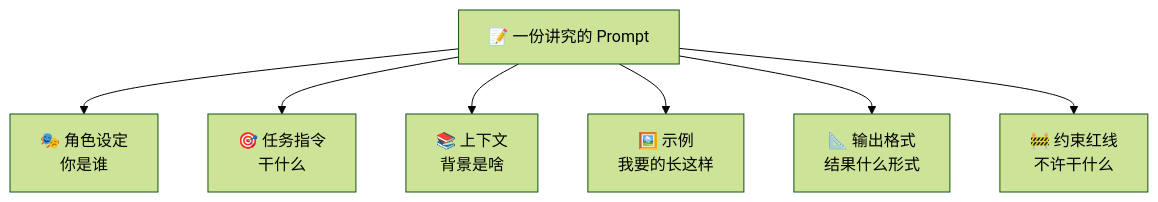
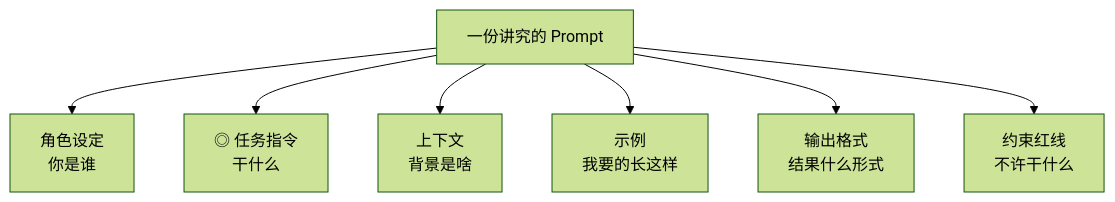
One commit to luckykhy/KhyAiHub changed the second of 6 diagrams in docs/02_CONCEPTS_概念入门/CONCEPT/[CONCEPT-07] 什么是Prompt-提示词.md. Above: the diagram before and after it, drawn with Mermaid (forest theme). The commit also changed other lines of this file and 19 other files, not shown here.

````diff
--- a/docs/02_CONCEPTS_概念入门/CONCEPT/[CONCEPT-07] 什么是Prompt-提示词.md
+++ b/docs/02_CONCEPTS_概念入门/CONCEPT/[CONCEPT-07] 什么是Prompt-提示词.md
@@ -64,10 +64,10 @@
 ```mermaid
 flowchart TB
-  P["📝 一份讲究的 Prompt"]
-  P --> R["🎭 角色设定<br/>你是谁"]
-  P --> T["🎯 任务指令<br/>干什么"]
-  P --> C["📚 上下文<br/>背景是啥"]
-  P --> E["🖼️ 示例<br/>我要的长这样"]
-  P --> F["📐 输出格式<br/>结果什么形式"]
-  P --> L["🚧 约束红线<br/>不许干什么"]
+  P["一份讲究的 Prompt"]
+  P --> R["角色设定<br/>你是谁"]
+  P --> T["◎ 任务指令<br/>干什么"]
+  P --> C["上下文<br/>背景是啥"]
+  P --> E["示例<br/>我要的长这样"]
+  P --> F["输出格式<br/>结果什么形式"]
+  P --> L["约束红线<br/>不许干什么"]
 ```
````
